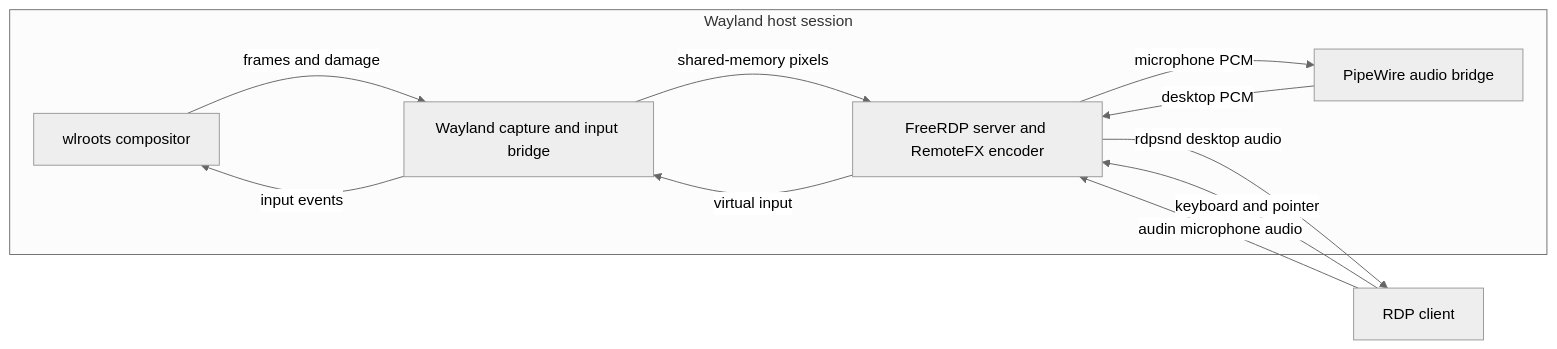
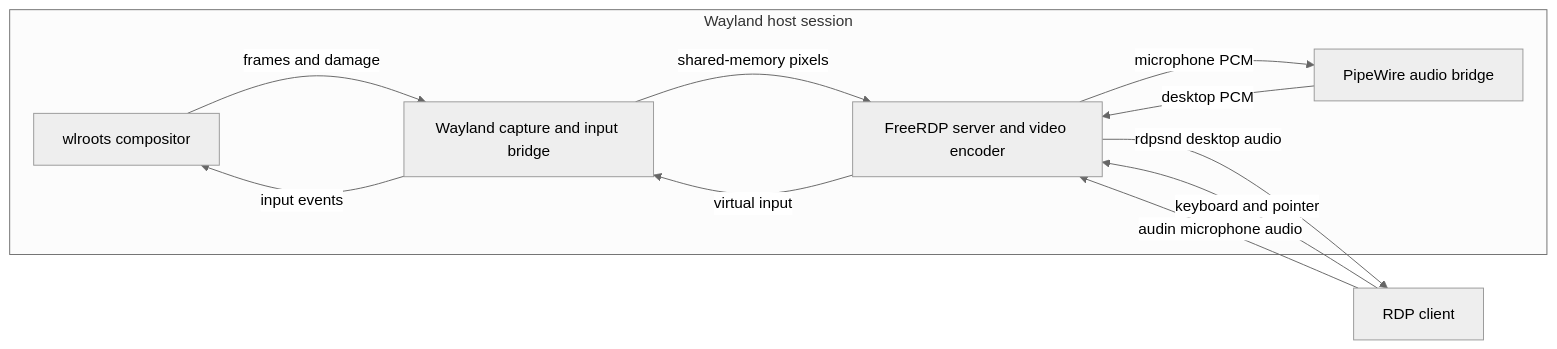
Before and after one commit to cid-chan/wayrdp: the diagram in README.md, drawn with Mermaid (neutral theme). The commit also changed other lines of this file and 1 other file, not shown here.

Commit message:
feat: fall back to NSCodec for RDP video

````diff
--- a/README.md
+++ b/README.md
@@ -70,21 +70,21 @@
 ```mermaid
 flowchart LR
     subgraph Host[Wayland host session]
         Compositor[wlroots compositor]
         Bridge[Wayland capture and input bridge]
-        Server[FreeRDP server and RemoteFX encoder]
+        Server[FreeRDP server and video encoder]
         Audio[PipeWire audio bridge]
     end
 
     Client[RDP client]
 
     Compositor -- frames and damage --> Bridge
     Bridge -- shared-memory pixels --> Server
     Client -- keyboard and pointer --> Server
     Server -- virtual input --> Bridge
     Bridge -- input events --> Compositor
     Server -- rdpsnd desktop audio --> Client
     Client -- audin microphone audio --> Server
     Audio -- desktop PCM --> Server
     Server -- microphone PCM --> Audio
 ```
````
